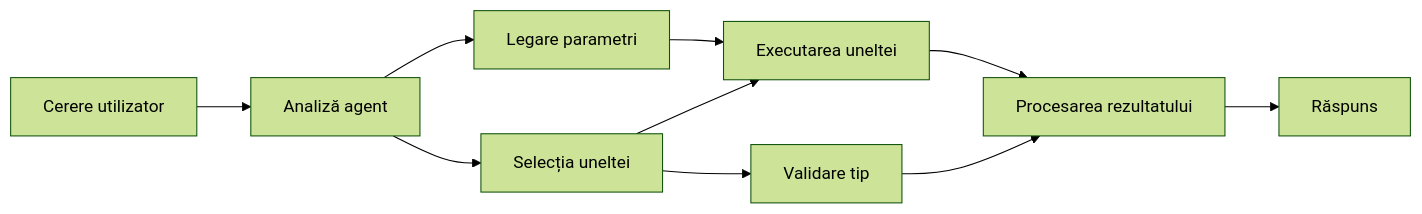
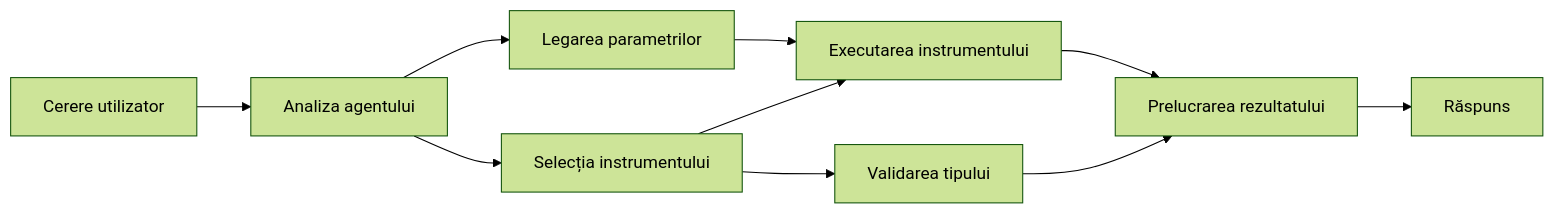
Before and after one commit to venturemavenwill/azureaifundamentals: the diagram in translations/ro/04-tool-use/code_samples/04-dotnet-agent-framework.md, drawn with Mermaid (forest theme). The commit also changed other lines of this file and 2002 other files, not shown here.

````diff
--- a/translations/ro/04-tool-use/code_samples/04-dotnet-agent-framework.md
+++ b/translations/ro/04-tool-use/code_samples/04-dotnet-agent-framework.md
@@ -40,12 +40,12 @@
 ```mermaid
 graph LR
-    A[Cerere utilizator] --> B[Analiză agent]
-    B --> C[Selecția uneltei]
-    C --> D[Validare tip]
-    B --> E[Legare parametri]
-    E --> F[Executarea uneltei]
+    A[Cerere utilizator] --> B[Analiza agentului]
+    B --> C[Selecția instrumentului]
+    C --> D[Validarea tipului]
+    B --> E[Legarea parametrilor]
+    E --> F[Executarea instrumentului]
     C --> F
-    F --> G[Procesarea rezultatului]
+    F --> G[Prelucrarea rezultatului]
     D --> G
     G --> H[Răspuns]
 ```
````
